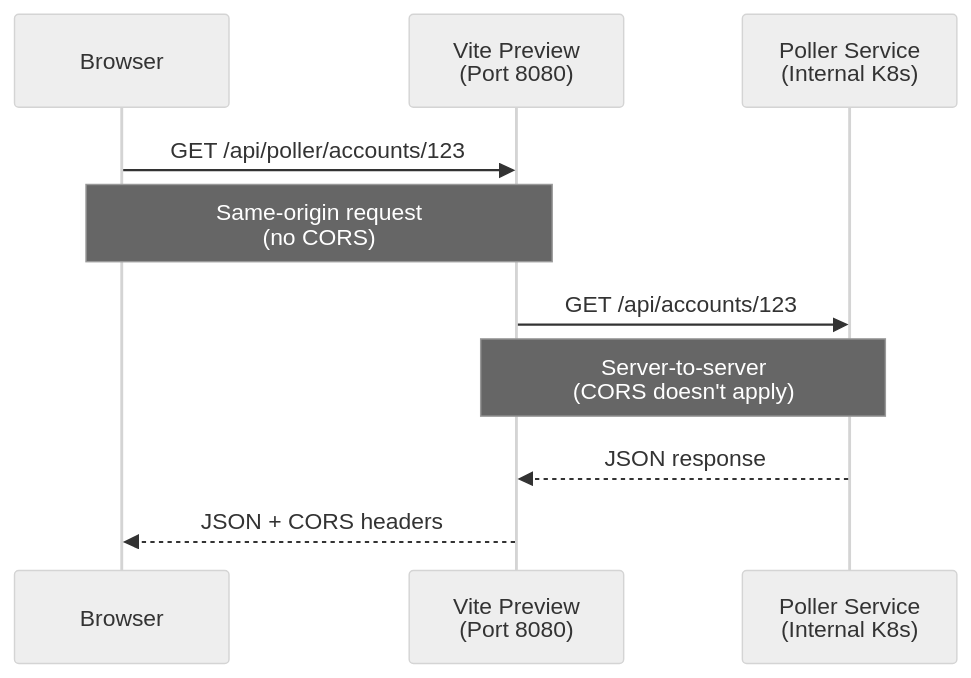
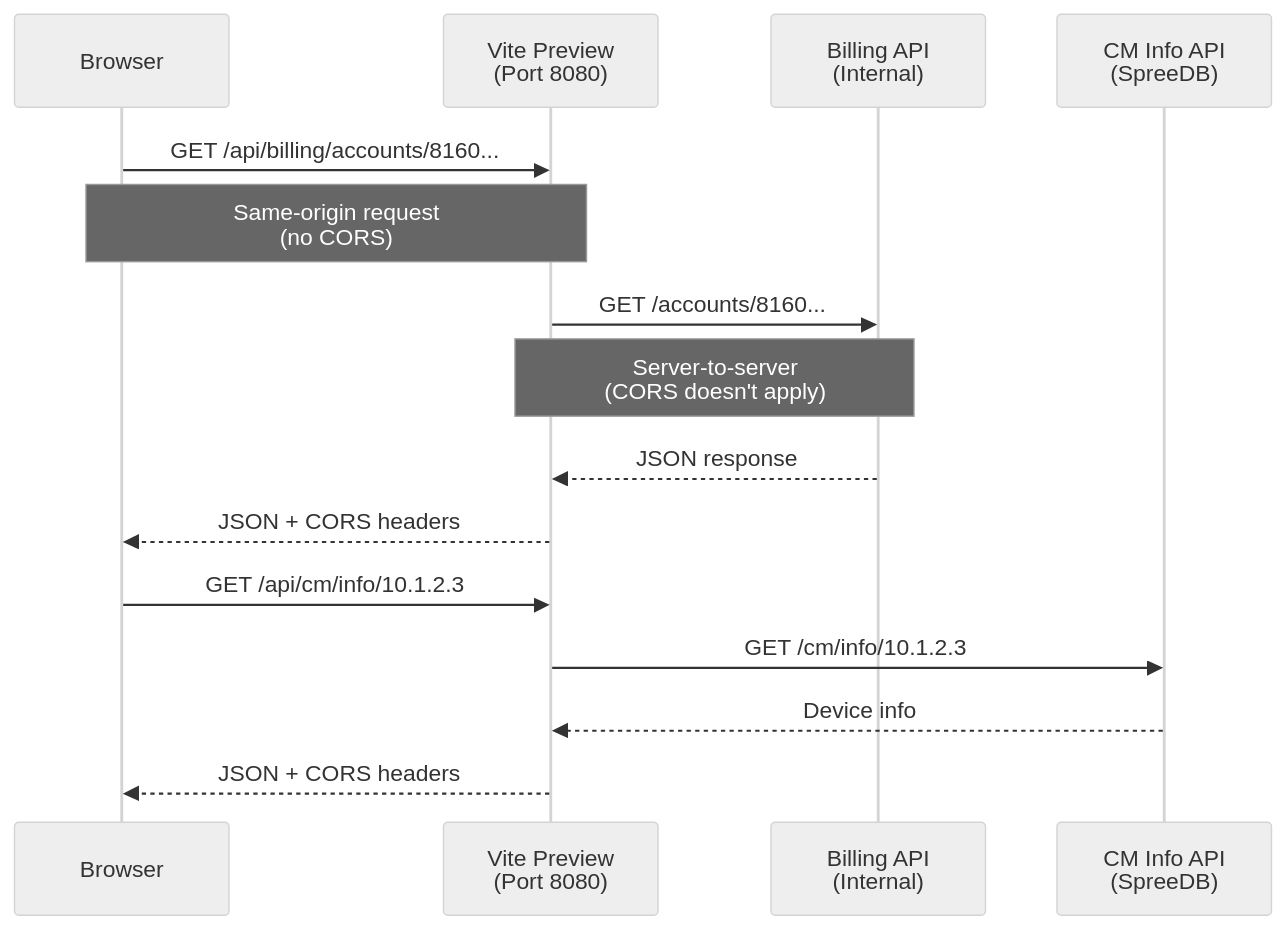
The first of 2 diagrams in README.md (LoneWolf345/sound-check), drawn with Mermaid (neutral theme) before and after one commit. The commit also changed other lines of this file and 7 other files, not shown here.

````diff
--- a/README.md
+++ b/README.md
@@ -65,15 +67,21 @@
 ```mermaid
 sequenceDiagram
     participant Browser
     participant Vite as Vite Preview<br/>(Port 8080)
-    participant Poller as Poller Service<br/>(Internal K8s)
+    participant Billing as Billing API<br/>(Internal)
+    participant CM as CM Info API<br/>(SpreeDB)
 
-    Browser->>Vite: GET /api/poller/accounts/123
+    Browser->>Vite: GET /api/billing/accounts/8160...
     Note over Browser,Vite: Same-origin request<br/>(no CORS)
     
-    Vite->>Poller: GET /api/accounts/123
-    Note over Vite,Poller: Server-to-server<br/>(CORS doesn't apply)
+    Vite->>Billing: GET /accounts/8160...
+    Note over Vite,Billing: Server-to-server<br/>(CORS doesn't apply)
     
-    Poller-->>Vite: JSON response
+    Billing-->>Vite: JSON response
+    Vite-->>Browser: JSON + CORS headers
+
+    Browser->>Vite: GET /api/cm/info/10.1.2.3
+    Vite->>CM: GET /cm/info/10.1.2.3
+    CM-->>Vite: Device info
     Vite-->>Browser: JSON + CORS headers
 ```
````
